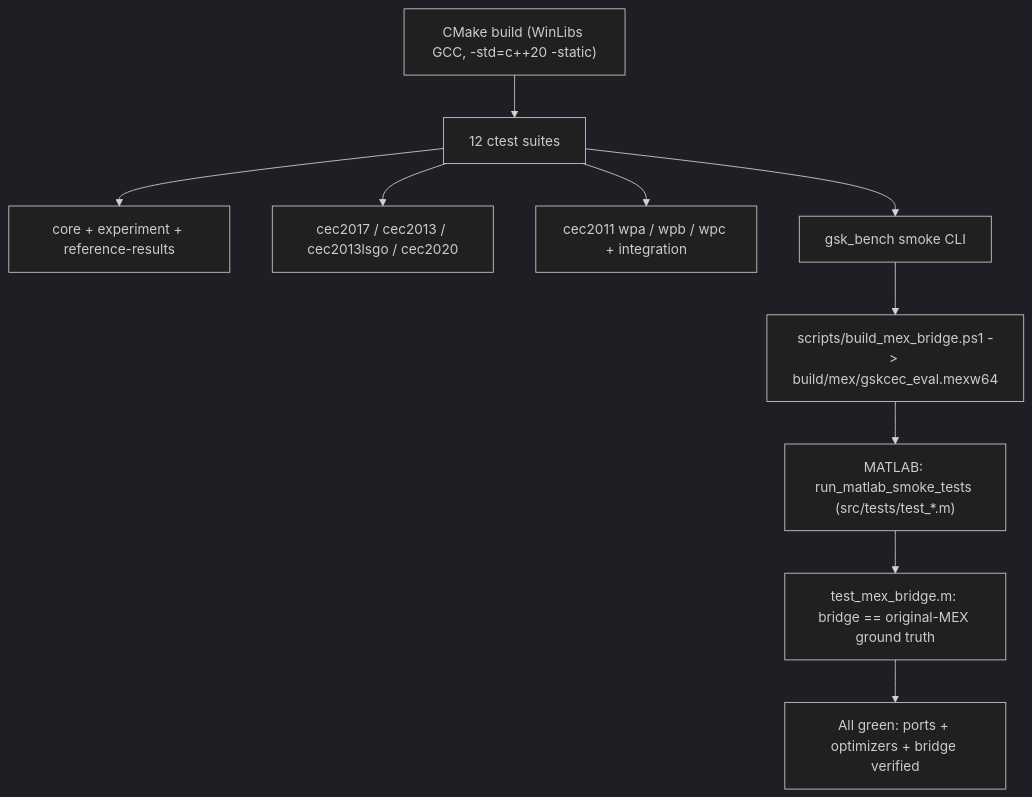
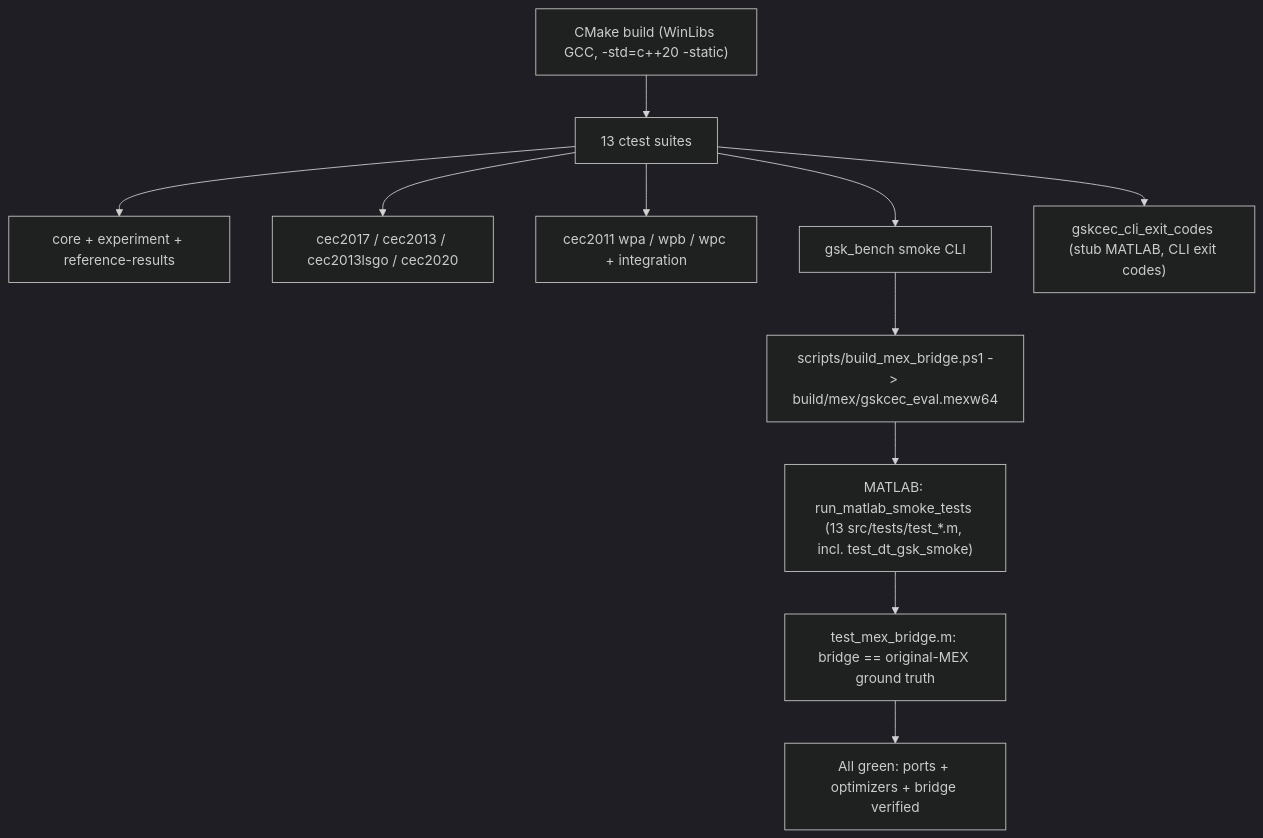
Diagram 13 of 13 in gsk_family/docs/reference/diagrams.md (MostafaMassoud/GSK_Family_MATLAB), drawn with Mermaid (dark theme) before and after one commit. The commit also changed other lines of this file and 149 other files, not shown here.

````diff
--- a/gsk_family/docs/reference/diagrams.md
+++ b/gsk_family/docs/reference/diagrams.md
@@ -208,12 +245,13 @@
 ```mermaid
 flowchart TD
-  build["CMake build (WinLibs GCC, -std=c++20 -static)"] --> ctest["12 ctest suites"]
+  build["CMake build (WinLibs GCC, -std=c++20 -static)"] --> ctest["13 ctest suites"]
   ctest --> cc["core + experiment + reference-results"]
   ctest --> cb["cec2017 / cec2013 / cec2013lsgo / cec2020"]
   ctest --> c11["cec2011 wpa / wpb / wpc + integration"]
   ctest --> bench["gsk_bench smoke CLI"]
+  ctest --> cli["gskcec_cli_exit_codes (stub MATLAB, CLI exit codes)"]
   bench --> mexbuild["scripts/build_mex_bridge.ps1 -> build/mex/gskcec_eval.mexw64"]
-  mexbuild --> smoke["MATLAB: run_matlab_smoke_tests (src/tests/test_*.m)"]
+  mexbuild --> smoke["MATLAB: run_matlab_smoke_tests (13 src/tests/test_*.m, incl. test_dt_gsk_smoke)"]
   smoke --> bridgechk["test_mex_bridge.m: bridge == original-MEX ground truth"]
   bridgechk --> green["All green: ports + optimizers + bridge verified"]
 ```
````
